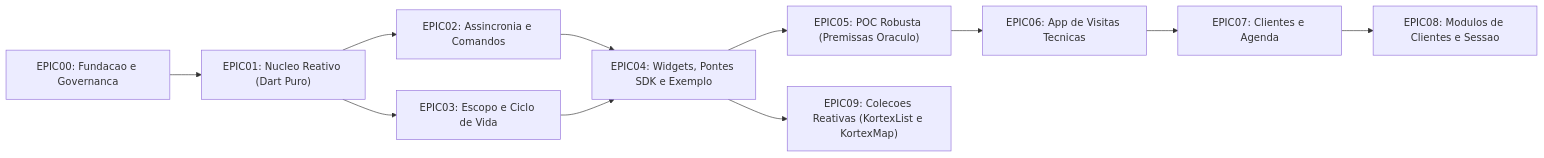
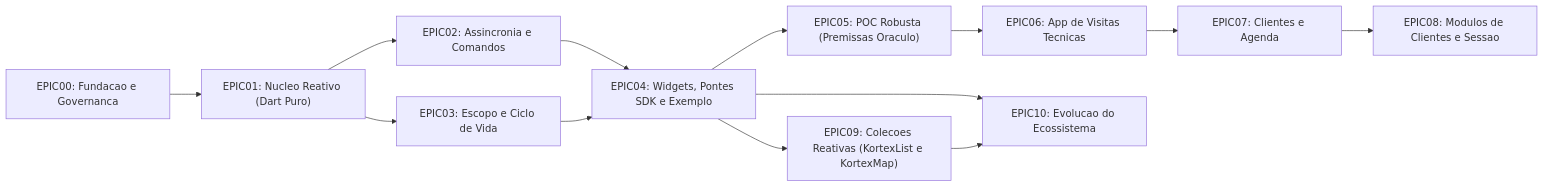
One commit to DenersonNobre/Kortex changed the diagram in docs/plan/README.md. Above: the diagram before and after it, drawn with Mermaid. The commit also changed other lines of this file and 3 other files, not shown here.

First line of the commit message:
docs(plan): propor EPIC10 de evolucao do ecossistema e expandir auditoria

````diff
--- a/docs/plan/README.md
+++ b/docs/plan/README.md
@@ -10,13 +10,15 @@
 ```mermaid
 flowchart LR
     E0["EPIC00: Fundacao e Governanca"] --> E1["EPIC01: Nucleo Reativo (Dart Puro)"]
     E1 --> E2["EPIC02: Assincronia e Comandos"]
     E1 --> E3["EPIC03: Escopo e Ciclo de Vida"]
     E2 --> E4["EPIC04: Widgets, Pontes SDK e Exemplo"]
     E3 --> E4
     E4 --> E5["EPIC05: POC Robusta (Premissas Oraculo)"]
     E5 --> E6["EPIC06: App de Visitas Tecnicas"]
     E6 --> E7["EPIC07: Clientes e Agenda"]
     E7 --> E8["EPIC08: Modulos de Clientes e Sessao"]
     E4 --> E9["EPIC09: Colecoes Reativas (KortexList e KortexMap)"]
+    E4 --> E10["EPIC10: Evolucao do Ecossistema"]
+    E9 --> E10
 ```
````
